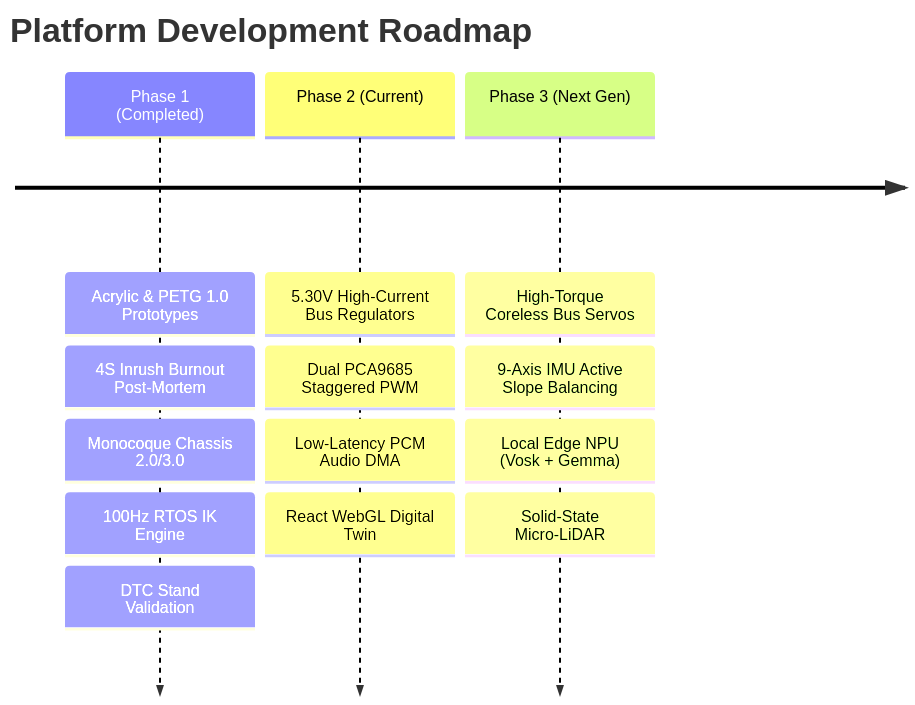
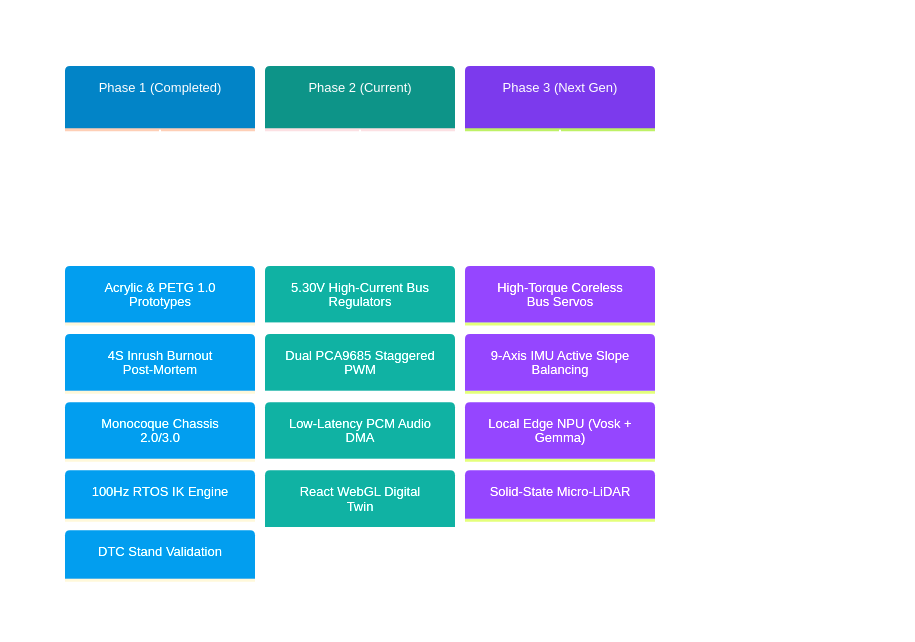
One commit to GrrGrrMan/spider-blog changed the fourth of 4 diagrams in src/content/docs/00-mission-and-intentions.md. Above: the diagram before and after it, drawn with Mermaid. The commit also changed other lines of this file and 3 other files, not shown here.

Commit message:
fix diagram attempt .3

````diff
--- a/src/content/docs/00-mission-and-intentions.md
+++ b/src/content/docs/00-mission-and-intentions.md
@@ -127,7 +169,24 @@
 ```mermaid
+%%{init: {
+  'theme': 'base',
+  'themeVariables': {
+    'fontFamily': 'ui-monospace, SFMono-Regular, Menlo, Monaco, Consolas, monospace',
+    'fontSize': '13px',
+    'primaryColor': '#1e293b',
+    'primaryTextColor': '#ffffff',
+    'primaryBorderColor': '#38bdf8',
+    'lineColor': '#38bdf8',
+    'cScale0': '#0284c7',
+    'cScaleLabel0': '#ffffff',
+    'cScale1': '#0d9488',
+    'cScaleLabel1': '#ffffff',
+    'cScale2': '#7c3aed',
+    'cScaleLabel2': '#ffffff'
+  }
+}}%%
 timeline
     title Platform Development Roadmap
     Phase 1 (Completed) : Acrylic & PETG 1.0 Prototypes : 4S Inrush Burnout Post-Mortem : Monocoque Chassis 2.0/3.0 : 100Hz RTOS IK Engine : DTC Stand Validation
     Phase 2 (Current)   : 5.30V High-Current Bus Regulators : Dual PCA9685 Staggered PWM : Low-Latency PCM Audio DMA : React WebGL Digital Twin
     Phase 3 (Next Gen)  : High-Torque Coreless Bus Servos : 9-Axis IMU Active Slope Balancing : Local Edge NPU (Vosk + Gemma) : Solid-State Micro-LiDAR
 ```
````
